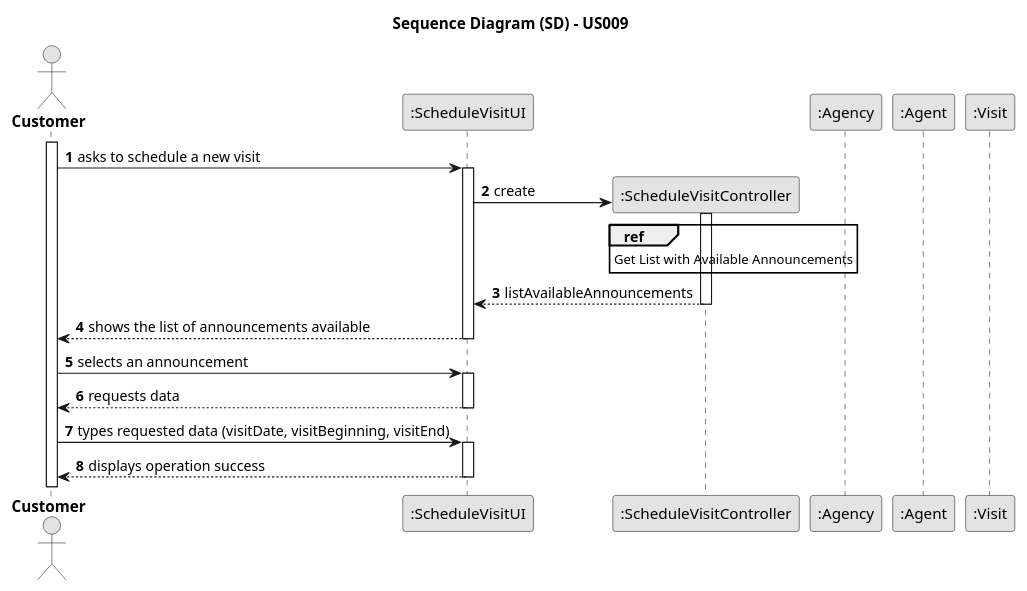
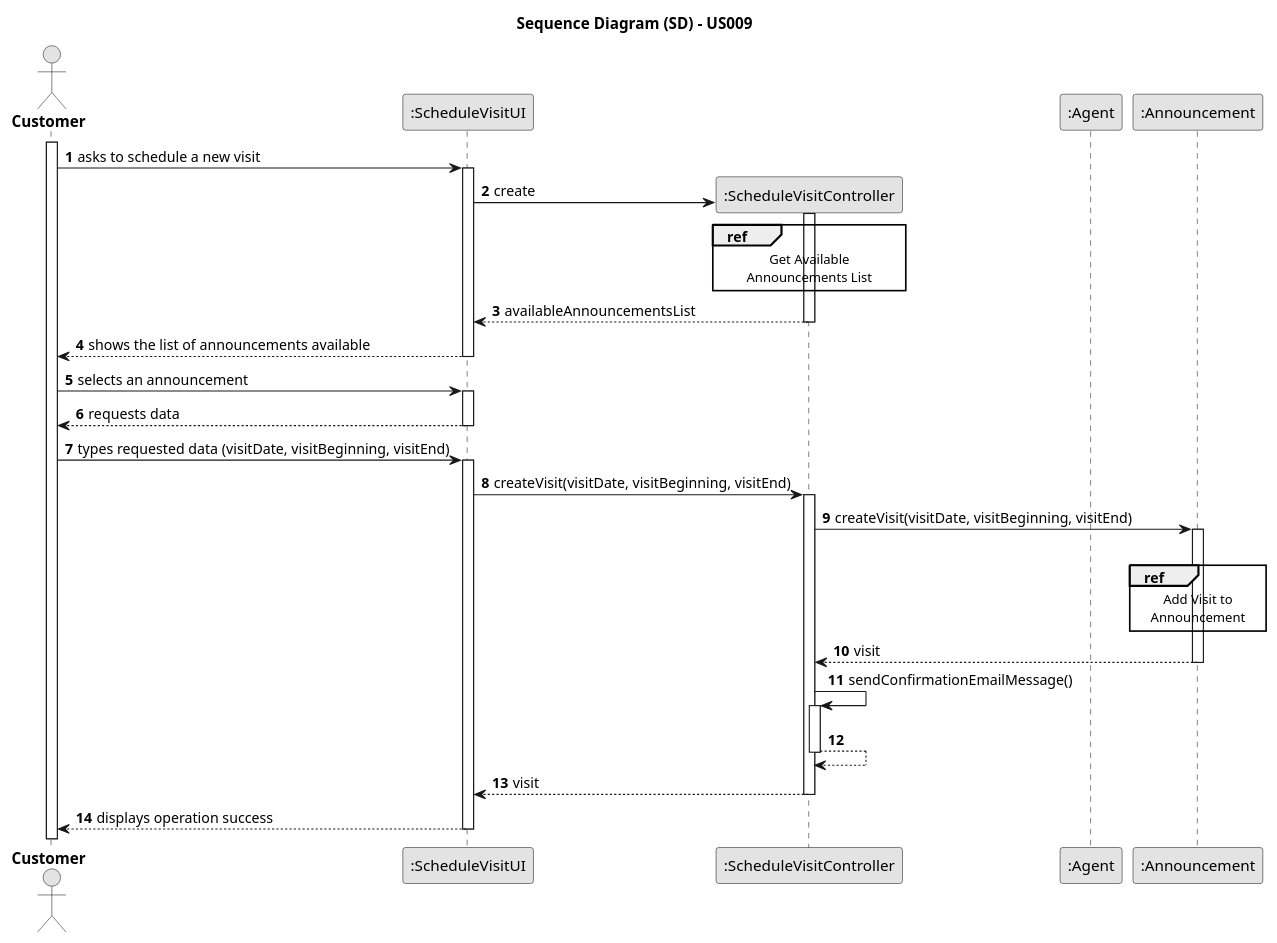
Before and after one commit to rita-barbosa/LAPR2-2223: the diagram in docs/sprintC/us009/03.design/puml/us009-sequence-diagram-slip.puml, drawn with PlantUML.

Commit message:
SD split [US009] [Design]

```diff
--- a/docs/sprintC/us009/03.design/puml/us009-sequence-diagram-slip.puml
+++ b/docs/sprintC/us009/03.design/puml/us009-sequence-diagram-slip.puml
@@ -1,47 +1,76 @@
 @startuml
 skinparam monochrome true
 skinparam packageStyle rectangle
 skinparam shadowing false
 
 title Sequence Diagram (SD) - US009
 
 autonumber
 
 actor "<b> Customer </b>" as CTM
 participant ":ScheduleVisitUI" as UI
 participant ":ScheduleVisitController" as CTRL
-participant ":Agency" as AGC
+'participant ":Agency" as AGC
 participant ":Agent" as AGT
-participant ":Visit" as VST
+participant ":Announcement" as ANNOUNCE
 
 
 activate CTM
 
     CTM -> UI : asks to schedule a new visit
         activate UI
 
     UI -> CTRL** : create
         activate CTRL
-
             ref over CTRL
-                Get List with Available Announcements
+                Get Available
+                Announcements List
             end ref
-    CTRL --> UI : listAvailableAnnouncements
+    CTRL --> UI : availableAnnouncementsList
         deactivate CTRL
 
     UI --> CTM : shows the list of announcements available
         deactivate UI
 
     CTM -> UI : selects an announcement
         activate UI
 
     UI --> CTM : requests data
         deactivate UI
 
     CTM -> UI : types requested data (visitDate, visitBeginning, visitEnd)
         activate UI
 
+        UI -> CTRL : createVisit(visitDate, visitBeginning, visitEnd)
+        activate CTRL
+
+        CTRL -> ANNOUNCE : createVisit(visitDate, visitBeginning, visitEnd)
+
+        activate ANNOUNCE
+|||
+            ref over ANNOUNCE
+            Add Visit to
+            Announcement
+            end ref
+
+        ANNOUNCE --> CTRL : visit
+
+        deactivate ANNOUNCE
+
+    CTRL -> CTRL : sendConfirmationEmailMessage()
+        activate CTRL
+
+    CTRL --> CTRL
+    deactivate CTRL
+
+    CTRL --> UI : visit
+    deactivate CTRL
+
+
+
+    ' FALTA A PARTE DO EMAIL !!!!!!!!!!
+
     UI --> CTM : displays operation success
         deactivate UI
 
 @enduml
```
